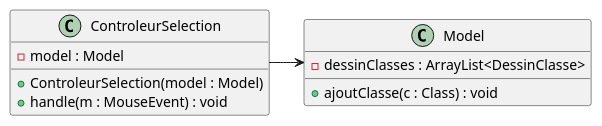
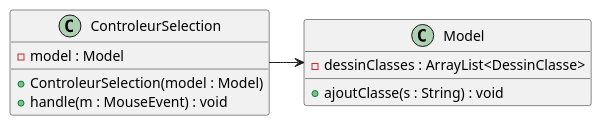
Before and after one commit to Math54500/SAE-3.01-ObjectAid: the diagram in Documents/Itération 4/diagramme de lien entre le contoleur et le model.puml, drawn with PlantUML. The commit also changed 11 other files, not shown here.

```diff
--- a/Documents/Itération 4/diagramme de lien entre le contoleur et le model.puml
+++ b/Documents/Itération 4/diagramme de lien entre le contoleur et le model.puml
@@ -1,16 +1,16 @@
 @startuml
 'https://plantuml.com/class-diagram
 
 class Model{
 - dessinClasses : ArrayList<DessinClasse>
-+ ajoutClasse(c : Class) : void
++ ajoutClasse(s : String) : void
 }
 
 class ControleurSelection{
 - model : Model
 + ControleurSelection(model : Model)
 + handle(m : MouseEvent) : void
 }
 
 ControleurSelection -> Model
 @enduml
```
